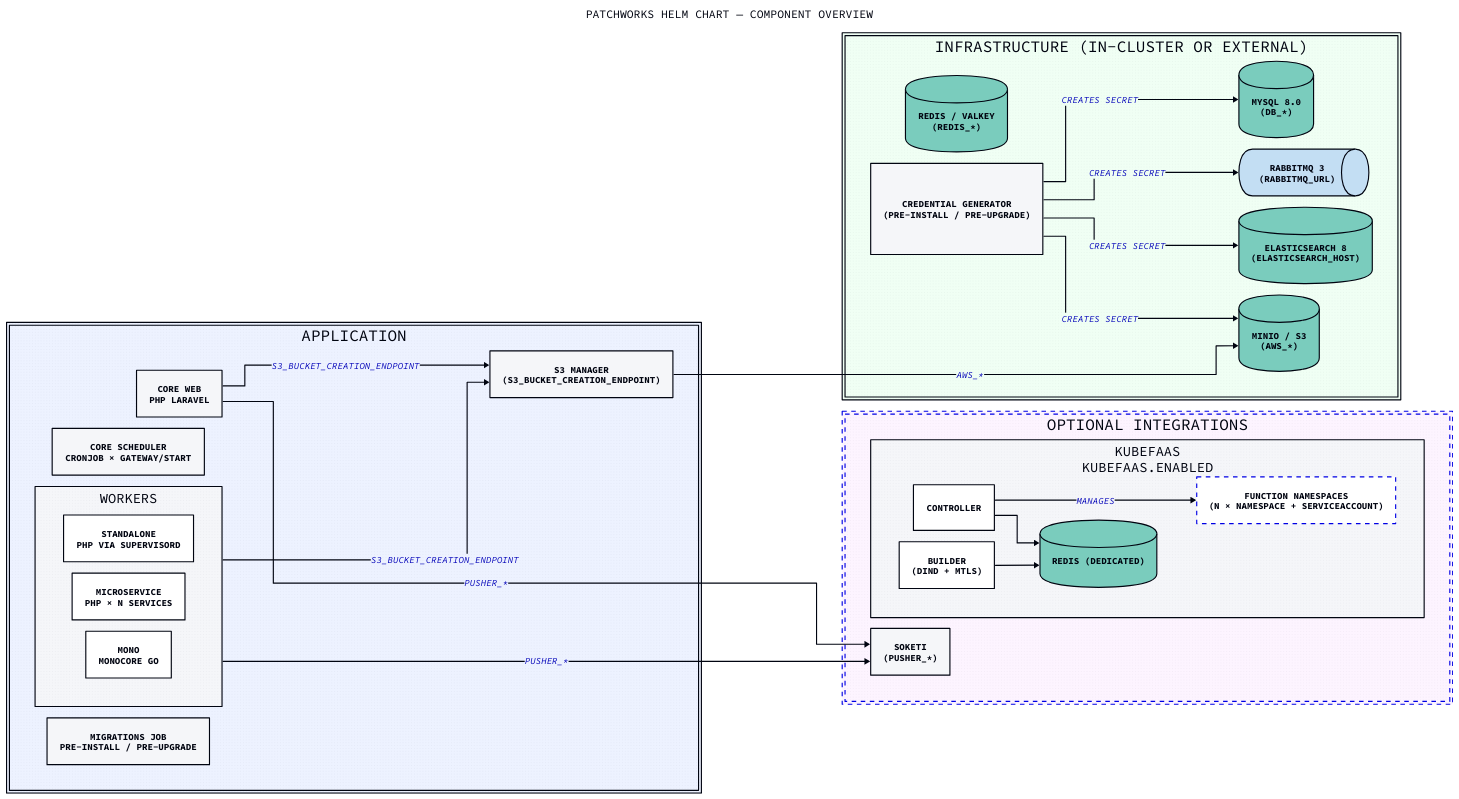
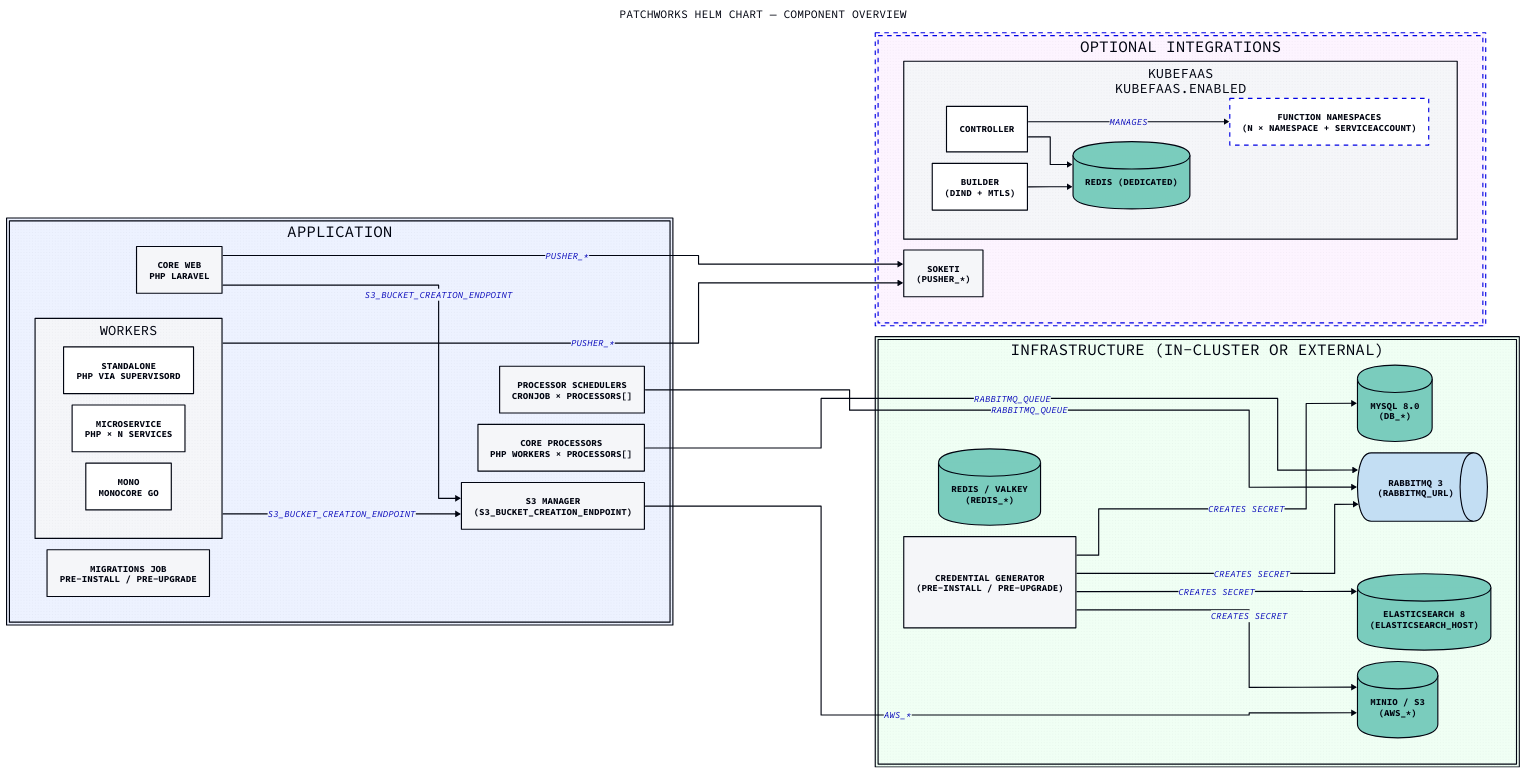
One commit to gopatchworks/selfhosted changed the diagram in docs/chart-overview.d2. Above: the diagram before and after it, drawn with D2. The commit also changed 11 other files, not shown here.

Commit message:
add processors and move schedulers to this

```diff
--- a/docs/chart-overview.d2
+++ b/docs/chart-overview.d2
@@ -1,73 +1,76 @@
 vars: {
   d2-config: {
     layout-engine: elk
     # Terminal theme code
     theme-id: 300
   }
 }
 
 direction: right
 
 title: "Patchworks Helm Chart — Component Overview" {
   shape: text
   near: top-center
   style.font-size: 20
 }
 
 application: Application {
   style.fill: "#EDF2FF"
 
   web: "Core Web\nPHP Laravel" { shape: rectangle }
-  scheduler: "Core Scheduler\nCronJob × gateway/start" { shape: rectangle }
+  scheduler: "Processor Schedulers\nCronJob × processors[]" { shape: rectangle }
+  processors: "Core Processors\nPHP workers × processors[]" { shape: rectangle }
   s3manager: "S3 Manager\n(S3_BUCKET_CREATION_ENDPOINT)" { shape: rectangle }
 
   workers: Workers {
     standalone:   "standalone\nPHP via supervisord" { shape: rectangle }
     microservice: "microservice\nPHP × N services"  { shape: rectangle }
     mono:         "mono\nMonocore Go"               { shape: rectangle }
   }
 
   migrations: "Migrations Job\npre-install / pre-upgrade" { shape: rectangle }
 }
 
 infra: "Infrastructure (in-cluster or external)" {
   style.fill: "#F0FFF4"
 
   mysql:         "MySQL 8.0\n(DB_*)"                     { shape: cylinder }
   redis:         "Redis / Valkey\n(REDIS_*)"              { shape: cylinder }
   rabbitmq:      "RabbitMQ 3\n(RABBITMQ_URL)"             { shape: queue    }
   elasticsearch: "Elasticsearch 8\n(ELASTICSEARCH_HOST)"  { shape: cylinder }
   s3:            "MinIO / S3\n(AWS_*)"                    { shape: cylinder }
   credentials:   "Credential Generator\n(pre-install / pre-upgrade)" { shape: rectangle }
 
   credentials -> mysql: creates Secret
   credentials -> rabbitmq: creates Secret
   credentials -> elasticsearch: creates Secret
   credentials -> s3: creates Secret
 }
 
 optional: "Optional Integrations" {
   style.fill: "#FDF4FF"
   style.stroke-dash: 4
 
   kubefaas: "KubeFaaS\nkubefaas.enabled" {
     controller: Controller { shape: rectangle }
     builder:    "Builder\n(dind + mTLS)"   { shape: rectangle }
     kfredis:    "Redis (dedicated)"        { shape: cylinder }
     functions:  "Function Namespaces\n(N × Namespace + ServiceAccount)" {
       shape: rectangle
       style.stroke-dash: 4
     }
     controller -> kfredis
     builder    -> kfredis
     controller -> functions: manages
   }
 
   soketi: "Soketi\n(PUSHER_*)" { shape: rectangle }
 }
 
 application.web -> optional.soketi: PUSHER_*
 application.workers -> optional.soketi: PUSHER_*
+application.processors -> infra.rabbitmq: RABBITMQ_QUEUE
+application.scheduler -> infra.rabbitmq: RABBITMQ_QUEUE
 application.web -> application.s3manager: S3_BUCKET_CREATION_ENDPOINT
 application.workers -> application.s3manager: S3_BUCKET_CREATION_ENDPOINT
 application.s3manager -> infra.s3: AWS_*
```
